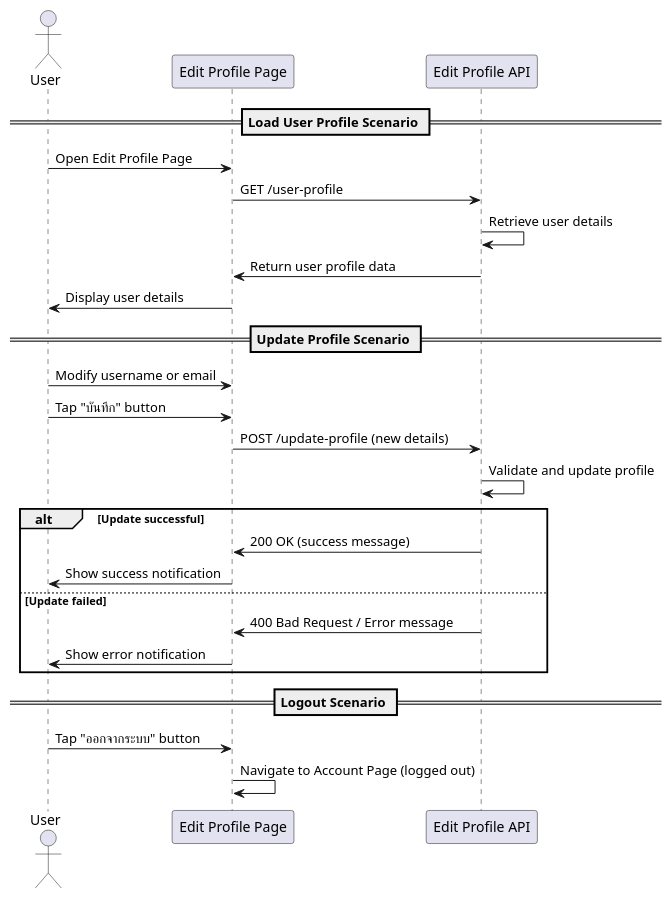
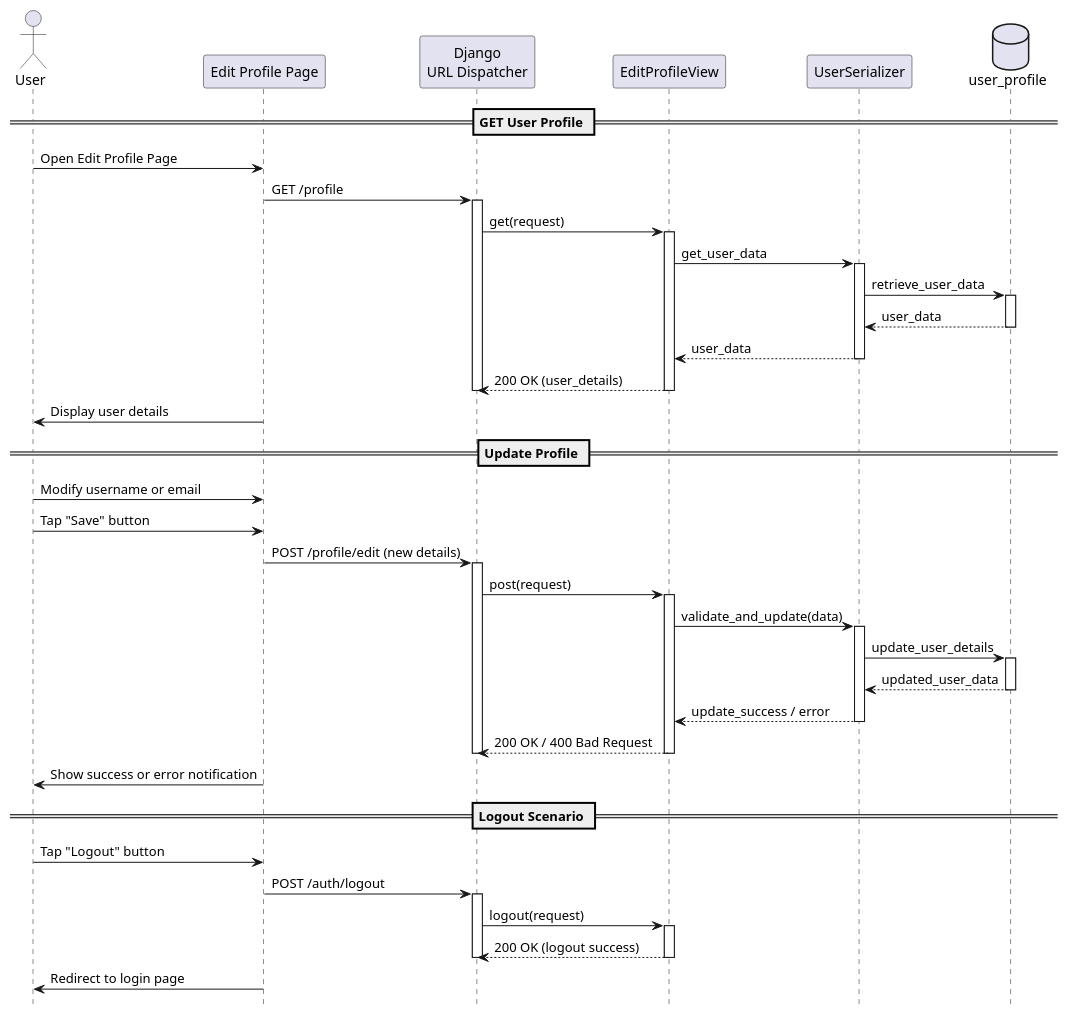
One commit to KMITL-BusBuddy/diagram changed the diagram in account/edit_profile.puml. Above: the diagram before and after it, drawn with PlantUML. The commit also changed 10 other files, not shown here.

Commit message:
add profile feed post login register

```diff
--- a/account/edit_profile.puml
+++ b/account/edit_profile.puml
@@ -1,31 +1,79 @@
-@startuml
+@startuml profile
+
+hide footbox
 
 actor User
 participant "Edit Profile Page" as UI
-participant "Edit Profile API" as API
+participant "Django\nURL Dispatcher" as API
+participant "EditProfileView" as view_edit_profile
+participant "UserSerializer" as serializer_user
+database "user_profile" as table_users
 
-== Load User Profile Scenario ==
+== GET User Profile ==
 User -> UI: Open Edit Profile Page
-UI -> API: GET /user-profile
-API -> API: Retrieve user details
-API -> UI: Return user profile data
+UI -> API: GET /profile
+activate API
+
+API -> view_edit_profile: get(request)
+activate view_edit_profile
+
+view_edit_profile -> serializer_user: get_user_data
+activate serializer_user
+
+serializer_user -> table_users: retrieve_user_data
+activate table_users
+
+table_users --> serializer_user: user_data
+deactivate table_users
+
+serializer_user --> view_edit_profile: user_data
+deactivate serializer_user
+
+view_edit_profile --> API: 200 OK (user_details)
+deactivate view_edit_profile
+deactivate API
+
 UI -> User: Display user details
 
-== Update Profile Scenario ==
+== Update Profile ==
 User -> UI: Modify username or email
-User -> UI: Tap "บันทึก" button
-UI -> API: POST /update-profile (new details)
-API -> API: Validate and update profile
-    alt Update successful
-        API -> UI: 200 OK (success message)
-        UI -> User: Show success notification
-    else Update failed
-        API -> UI: 400 Bad Request / Error message
-        UI -> User: Show error notification
-    end
+User -> UI: Tap "Save" button
+UI -> API: POST /profile/edit (new details)
+activate API
+
+API -> view_edit_profile: post(request)
+activate view_edit_profile
+
+view_edit_profile -> serializer_user: validate_and_update(data)
+activate serializer_user
+
+serializer_user -> table_users: update_user_details
+activate table_users
+
+table_users --> serializer_user: updated_user_data
+deactivate table_users
+
+serializer_user --> view_edit_profile: update_success / error
+deactivate serializer_user
+
+view_edit_profile --> API: 200 OK / 400 Bad Request
+deactivate view_edit_profile
+deactivate API
+
+UI -> User: Show success or error notification
 
 == Logout Scenario ==
-User -> UI: Tap "ออกจากระบบ" button
-UI -> UI: Navigate to Account Page (logged out)
+User -> UI: Tap "Logout" button
+UI -> API: POST /auth/logout
+activate API
+
+API -> view_edit_profile: logout(request)
+activate view_edit_profile
+
+view_edit_profile --> API: 200 OK (logout success)
+deactivate view_edit_profile
+deactivate API
+
+UI -> User: Redirect to login page
 
 @enduml
```
